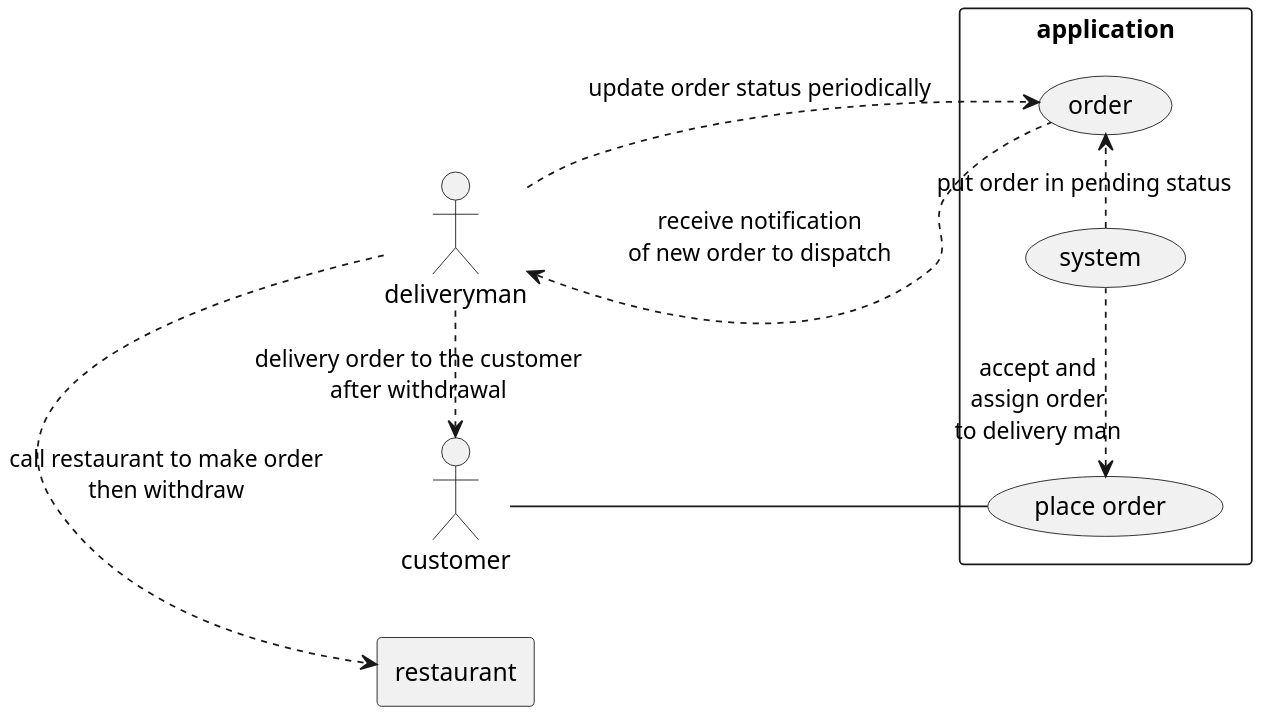
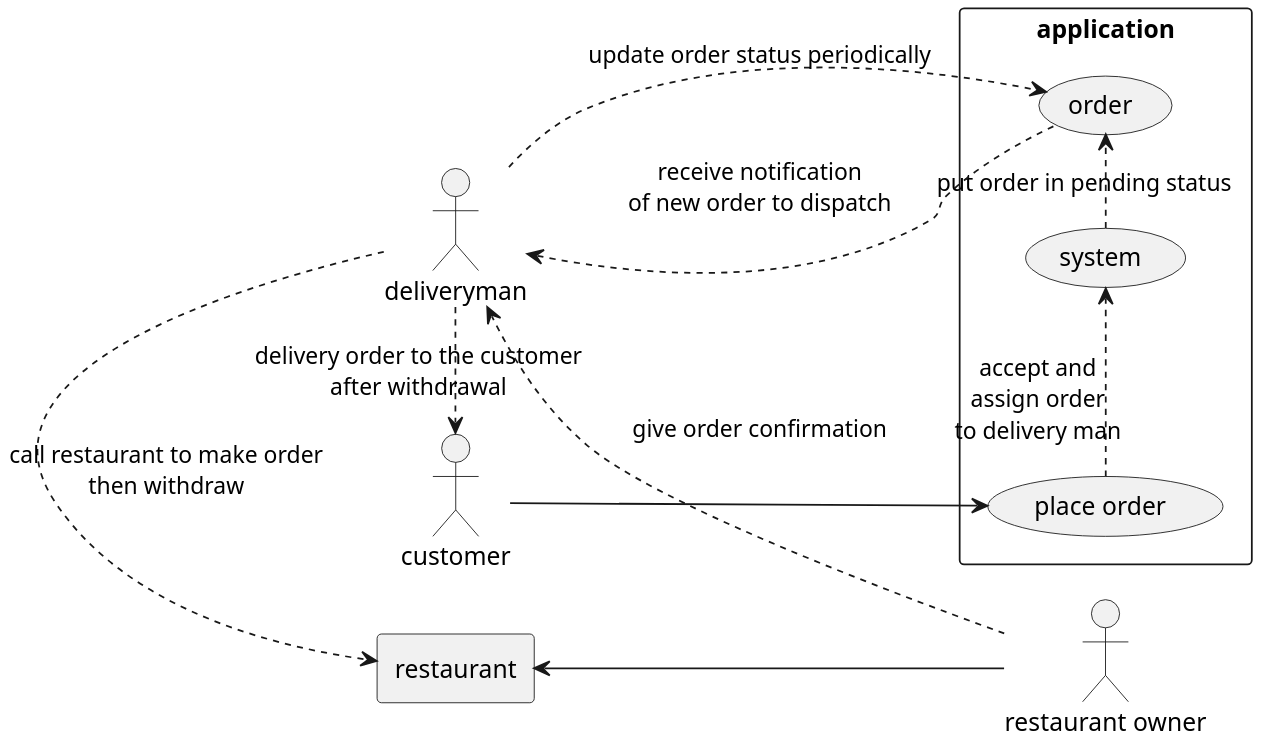
Before and after one commit to TommasoScalici/FoodDelivery: the diagram in src/main/java/unipa/fooddelivery/diagrams/usecases/order.wsd, drawn with PlantUML. The commit also changed 15 other files, not shown here.

Commit message:
Added more use cases diagrams.

```diff
--- a/src/main/java/unipa/fooddelivery/diagrams/usecases/order.wsd
+++ b/src/main/java/unipa/fooddelivery/diagrams/usecases/order.wsd
@@ -1,20 +1,23 @@
 @startuml order
 scale 2
 left to right direction
 skinparam packageStyle rect
 
 actor "customer"
 actor "deliveryman"
+actor "restaurant owner"
 agent "restaurant"
 
 rectangle "application" {
-    (customer) -- (place order)
-    (place order) <.(system) : \naccept and\nassign order\nto delivery man
-    (system).> (order) : put order in pending status
-    (deliveryman).> (order): update order status periodically
-    (deliveryman) <.(order) : \nreceive notification\nof new order to dispatch
-    (deliveryman).> (restaurant) : call restaurant to make order\nthen withdraw
-    (deliveryman).> (customer) : delivery order to the customer\nafter withdrawal
+    (customer) --> (place order)
+    (place order) .> (system) : \naccept and\nassign order\nto delivery man
+    (system) .> (order) : put order in pending status
+    (deliveryman) .> (order): update order status periodically
+    (deliveryman) <. (order) : \nreceive notification\nof new order to dispatch
+    (deliveryman) .> (restaurant) : call restaurant to make order\nthen withdraw
+    (deliveryman) .> (customer) : delivery order to the customer\nafter withdrawal
+    (restaurant) <-- (restaurant owner)
+    (restaurant owner) .> (deliveryman) : \n\n\n\ngive order confirmation
 }
 
 @enduml
```
